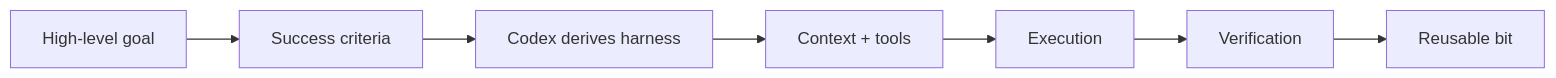
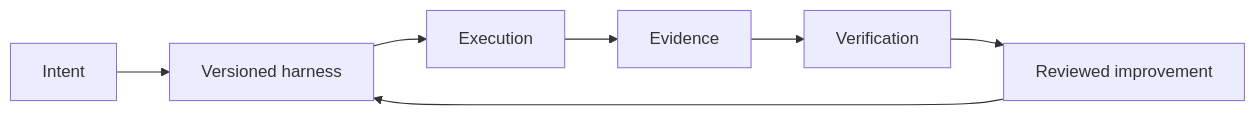
The diagram in examples/README.md (jremick/codexmaxxing), drawn with Mermaid before and after one commit. The commit also changed other lines of this file and 26 other files, not shown here.

````diff
--- a/examples/README.md
+++ b/examples/README.md
@@ -192,9 +217,9 @@
 ```mermaid
 flowchart LR
-  A["High-level goal"] --> B["Success criteria"]
-  B --> C["Codex derives harness"]
-  C --> D["Context + tools"]
-  D --> E["Execution"]
-  E --> F["Verification"]
-  F --> G["Reusable bit"]
+  A["Intent"] --> B["Versioned harness"]
+  B --> C["Execution"]
+  C --> D["Evidence"]
+  D --> E["Verification"]
+  E --> F["Reviewed improvement"]
+  F --> B
 ```
````
